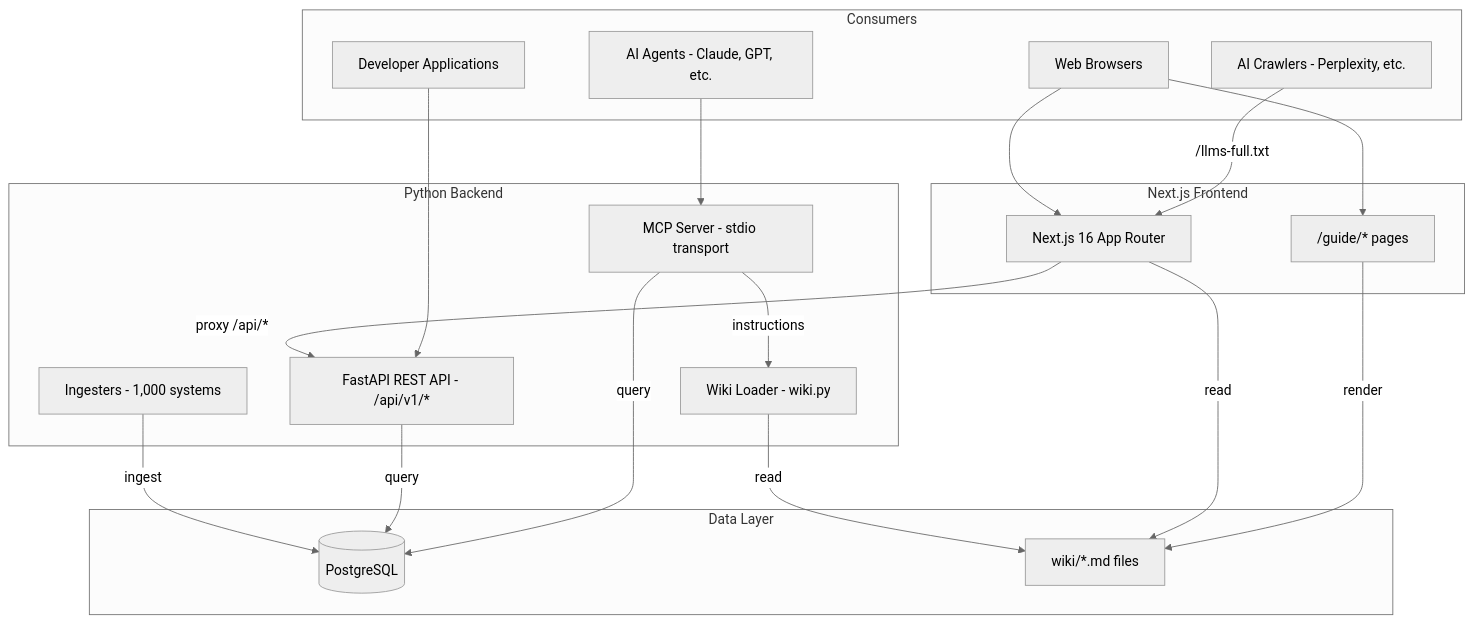
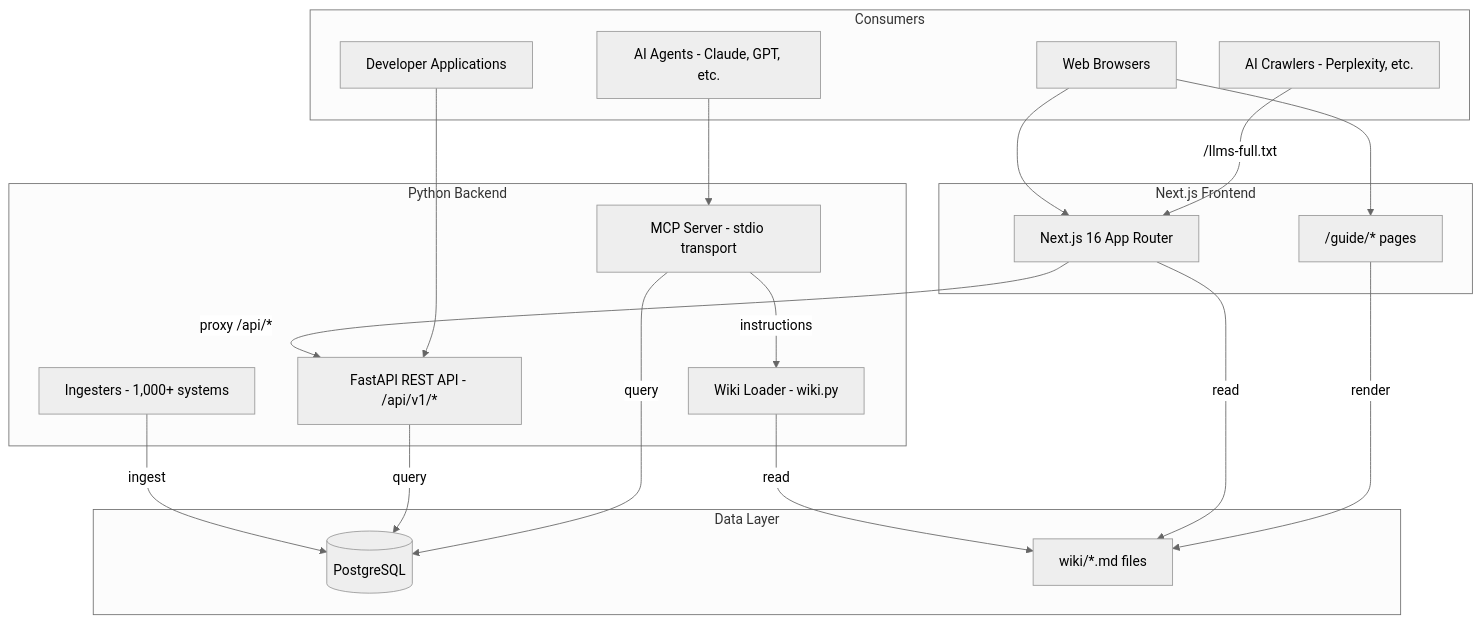
The first of 6 diagrams in wiki/architecture.md (colaberry/WorldOfTaxonomy), drawn with Mermaid (neutral theme) before and after one commit. The commit also changed other lines of this file and 50 other files, not shown here.

````diff
--- a/wiki/architecture.md
+++ b/wiki/architecture.md
@@ -11,36 +11,36 @@
 ```mermaid
 graph TB
   subgraph Data["Data Layer"]
     PG[(PostgreSQL)]
     WIKI["wiki/*.md files"]
   end
   subgraph Backend["Python Backend"]
-    INGEST["Ingesters - 1,000 systems"]
+    INGEST["Ingesters - 1,000+ systems"]
     API["FastAPI REST API - /api/v1/*"]
     MCP["MCP Server - stdio transport"]
     WIKILOADER["Wiki Loader - wiki.py"]
   end
   subgraph Frontend["Next.js Frontend"]
     NEXT["Next.js 16 App Router"]
     GUIDE["/guide/* pages"]
   end
   subgraph Consumers
     BROWSER["Web Browsers"]
     AIAGENT["AI Agents - Claude, GPT, etc."]
     CRAWLER["AI Crawlers - Perplexity, etc."]
     DEV["Developer Applications"]
   end
   INGEST -->|ingest| PG
   API -->|query| PG
   MCP -->|query| PG
   WIKILOADER -->|read| WIKI
   MCP -->|instructions| WIKILOADER
   NEXT -->|proxy /api/*| API
   NEXT -->|read| WIKI
   GUIDE -->|render| WIKI
   BROWSER --> NEXT
   BROWSER --> GUIDE
   AIAGENT --> MCP
   CRAWLER -->|/llms-full.txt| NEXT
   DEV --> API
 ```
````
